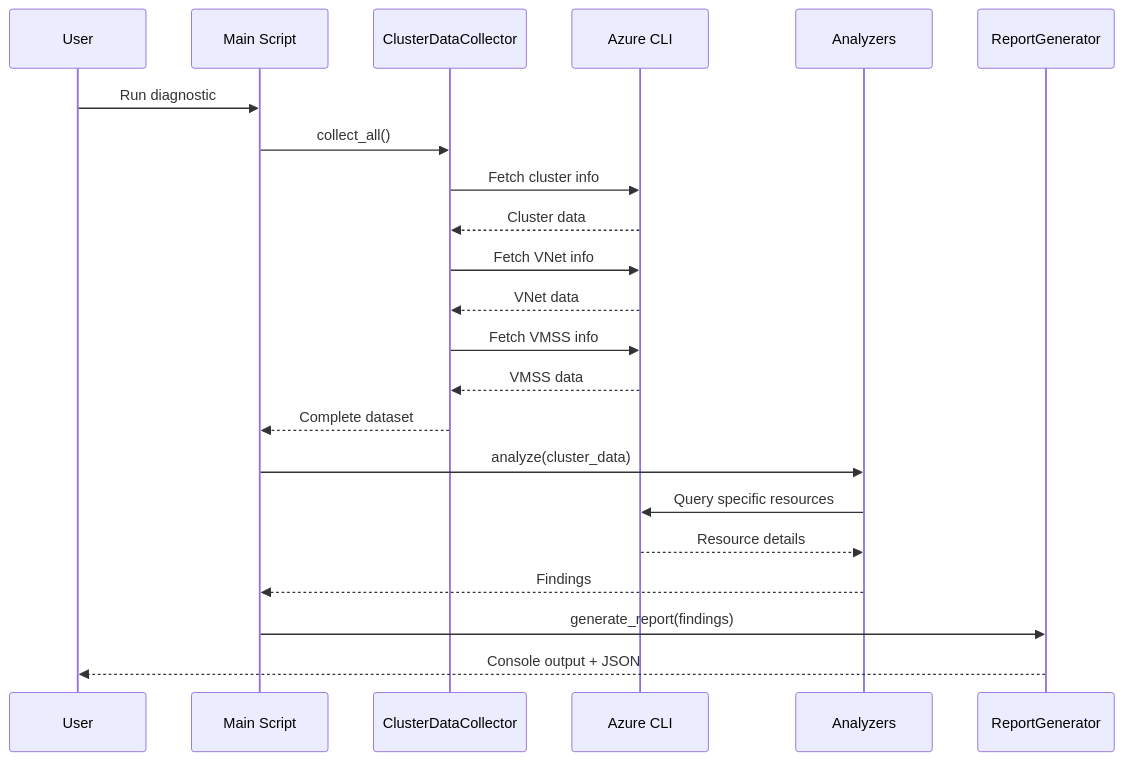
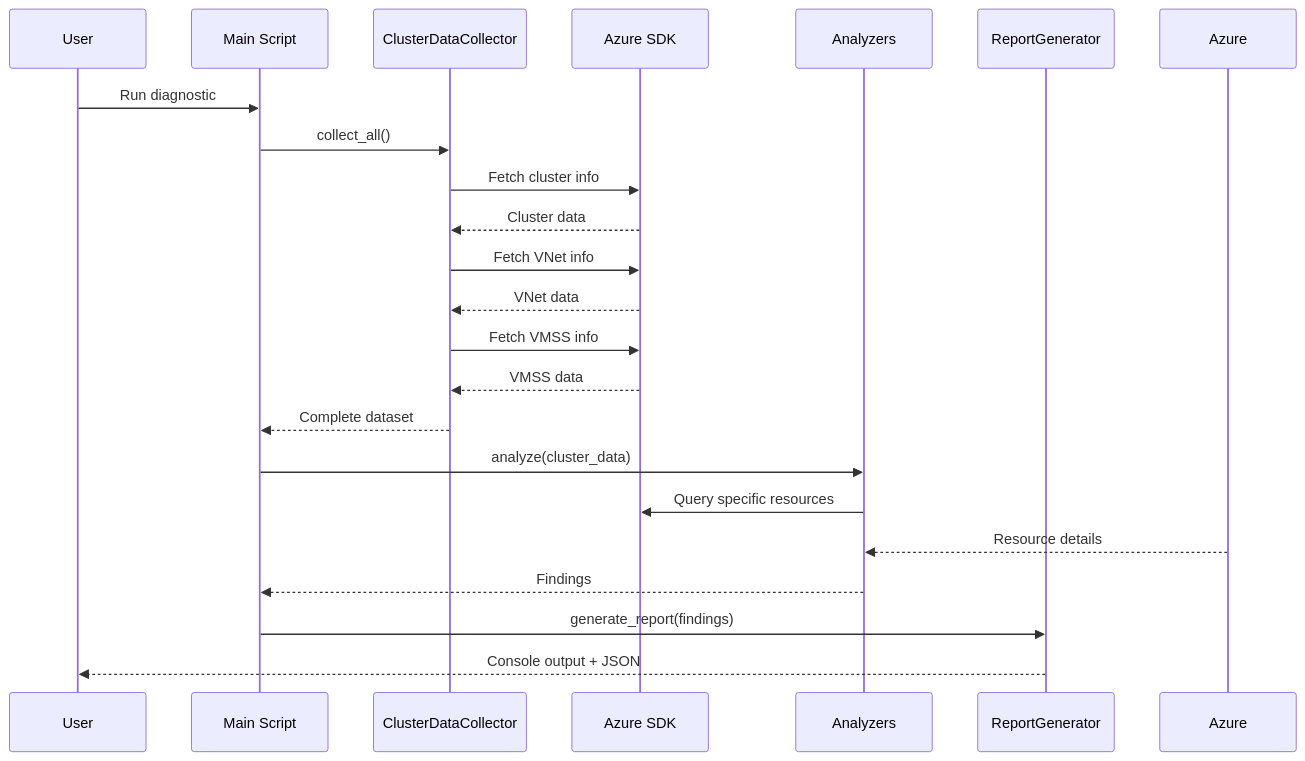
The second of 5 diagrams in ARCHITECTURE.md (sturrent/aks-net-diagnostics), drawn with Mermaid before and after one commit. The commit also changed other lines of this file, not shown here.

First line of the commit message:
docs: Update ARCHITECTURE.md to reflect Azure SDK implementation

````diff
--- a/ARCHITECTURE.md
+++ b/ARCHITECTURE.md
@@ -80,27 +80,27 @@
 ```mermaid
 sequenceDiagram
     participant User
     participant Main as Main Script
     participant CDC as ClusterDataCollector
-    participant Azure as Azure CLI
+    participant SDK as Azure SDK
     participant Analyzer as Analyzers
     participant Report as ReportGenerator
     
     User->>Main: Run diagnostic
     Main->>CDC: collect_all()
-    CDC->>Azure: Fetch cluster info
-    Azure-->>CDC: Cluster data
-    CDC->>Azure: Fetch VNet info
-    Azure-->>CDC: VNet data
-    CDC->>Azure: Fetch VMSS info
-    Azure-->>CDC: VMSS data
+    CDC->>SDK: Fetch cluster info
+    SDK-->>CDC: Cluster data
+    CDC->>SDK: Fetch VNet info
+    SDK-->>CDC: VNet data
+    CDC->>SDK: Fetch VMSS info
+    SDK-->>CDC: VMSS data
     CDC-->>Main: Complete dataset
     
     Main->>Analyzer: analyze(cluster_data)
-    Analyzer->>Azure: Query specific resources
+    Analyzer->>SDK: Query specific resources
     Azure-->>Analyzer: Resource details
     Analyzer-->>Main: Findings
     
     Main->>Report: generate_report(findings)
     Report-->>User: Console output + JSON
 ```
````
